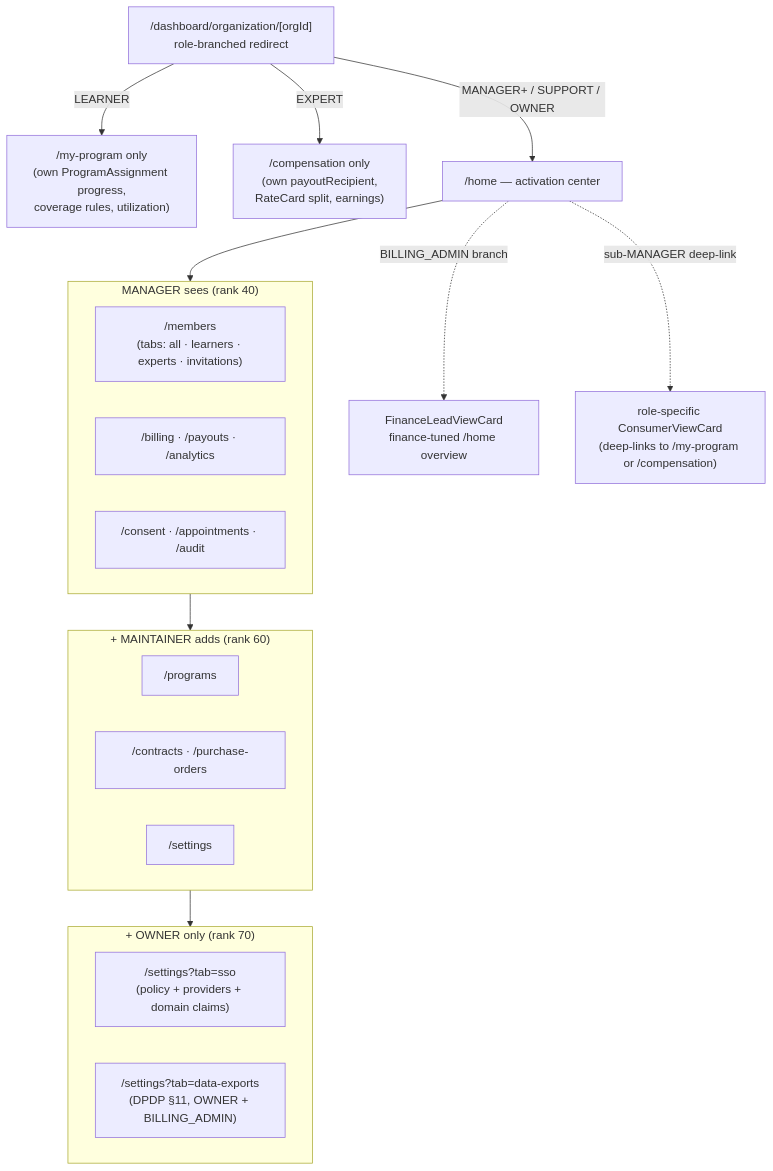
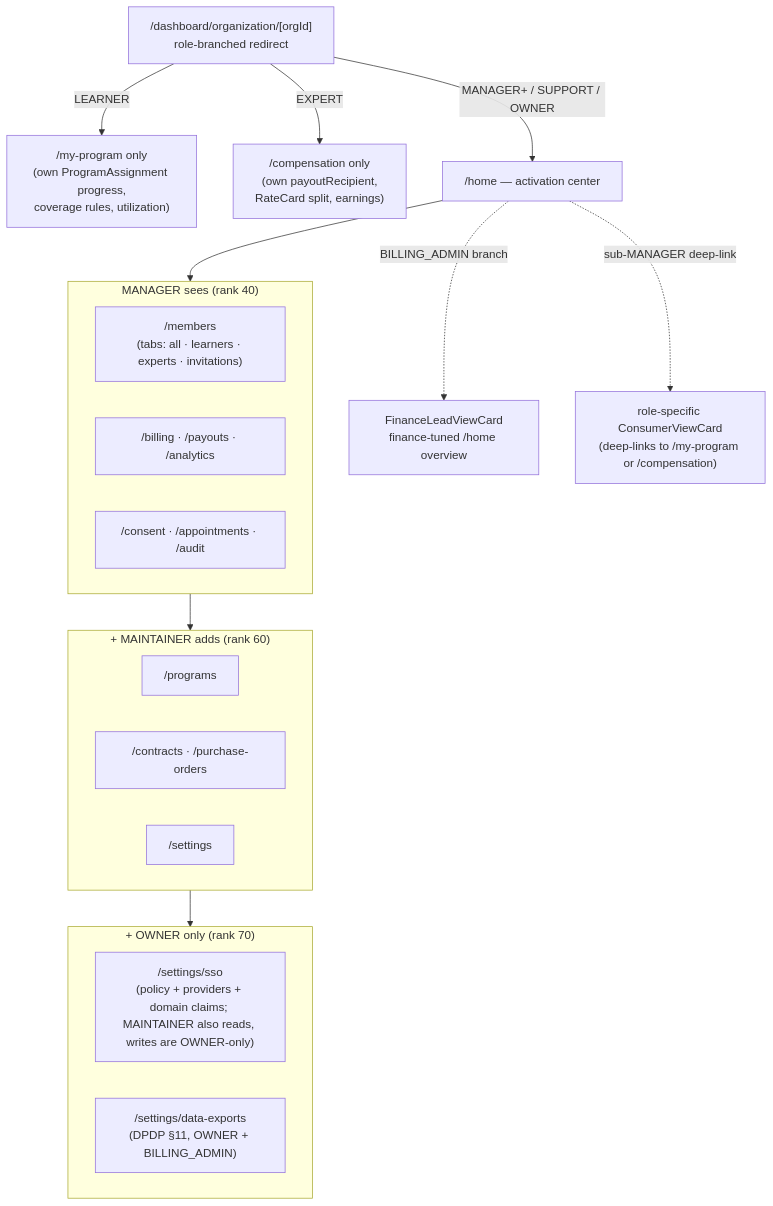
One commit to Practitionist/familiarise_web changed the diagram in docs/enterprise/30-programs-and-lifecycle/04-dashboard-pages.md. Above: the diagram before and after it, drawn with Mermaid. The commit also changed other lines of this file and 3 other files, not shown here.

````diff
--- a/docs/enterprise/30-programs-and-lifecycle/04-dashboard-pages.md
+++ b/docs/enterprise/30-programs-and-lifecycle/04-dashboard-pages.md
@@ -191,29 +195,29 @@
 ```mermaid
 flowchart TD
   ENTRY["/dashboard/organization/[orgId]<br/>role-branched redirect"]
   ENTRY -->|LEARNER| LRN["/my-program only<br/>(own ProgramAssignment progress,<br/>coverage rules, utilization)"]
   ENTRY -->|EXPERT| EXP["/compensation only<br/>(own payoutRecipient,<br/>RateCard split, earnings)"]
   ENTRY -->|MANAGER+ / SUPPORT / OWNER| HOME["/home — activation center"]
 
   subgraph MGR["MANAGER sees (rank 40)"]
     direction LR
     M1["/members<br/>(tabs: all · learners · experts · invitations)"]
     M2["/billing · /payouts · /analytics"]
     M3["/consent · /appointments · /audit"]
   end
   subgraph MNT["+ MAINTAINER adds (rank 60)"]
     direction LR
     T1["/programs"]
     T2["/contracts · /purchase-orders"]
     T3["/settings"]
   end
   subgraph OWN["+ OWNER only (rank 70)"]
     direction LR
-    O1["/settings?tab=sso<br/>(policy + providers + domain claims)"]
-    O2["/settings?tab=data-exports<br/>(DPDP §11, OWNER + BILLING_ADMIN)"]
+    O1["/settings/sso<br/>(policy + providers + domain claims; MAINTAINER also reads, writes are OWNER-only)"]
+    O2["/settings/data-exports<br/>(DPDP §11, OWNER + BILLING_ADMIN)"]
   end
   HOME --> MGR --> MNT --> OWN
 
   HOME -.->|BILLING_ADMIN branch| FIN["FinanceLeadViewCard<br/>finance-tuned /home overview"]
   HOME -.->|sub-MANAGER deep-link| CON["role-specific ConsumerViewCard<br/>(deep-links to /my-program or /compensation)"]
 ```
````
